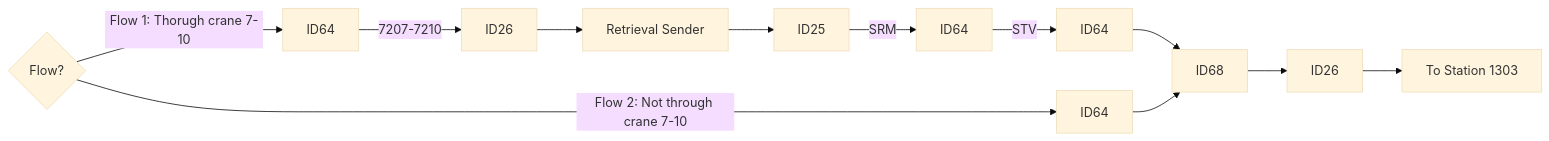
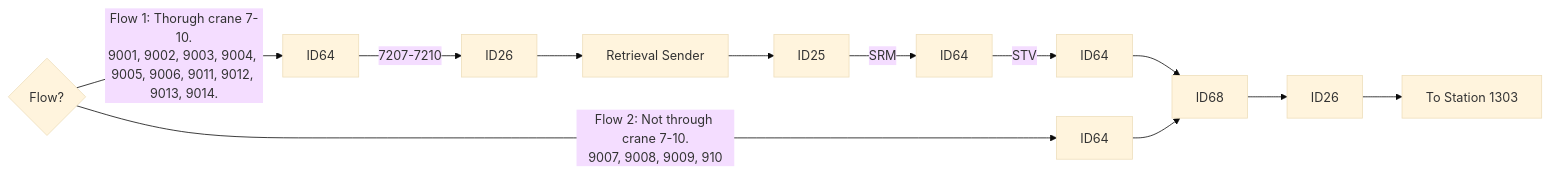
One commit to luthfiadityaa/SimeDarby-Wiki changed the second of 4 diagrams in Basic-Design/DFD-WMS/Retrieval/QC-Setting/Retrieval-for-QC-Start.md. Above: the diagram before and after it, drawn with Mermaid (base theme).

Commit message:
Updated Retrieval for QC Start

```diff
--- a/Basic-Design/DFD-WMS/Retrieval/QC-Setting/Retrieval-for-QC-Start.md
+++ b/Basic-Design/DFD-WMS/Retrieval/QC-Setting/Retrieval-for-QC-Start.md
@@ -16,8 +16,10 @@
 ::: mermaid
 flowchart LR
 
 Cond1{Flow?} 
 
-Cond1{Flow?}--> |Flow 1: Thorugh crane 7-10| P5[ID64]--> |7207-7210| P8[ID26]-->P9[Retrieval Sender]-->P10[ID25]--> |SRM| P11[ID64]--> |STV| P12[ID64]--> P7[ID68]
-Cond1{Flow?}--> |Flow 2: Not through crane 7-10| P6[ID64]--> P7[ID68]-->P81[ID26]-->P13[To Station 1303]
+Cond1{Flow?}--> |Flow 1: Thorugh crane 7-10.
+9001, 9002, 9003, 9004, 9005, 9006, 9011, 9012, 9013, 9014.| P5[ID64]--> |7207-7210| P8[ID26]-->P9[Retrieval Sender]-->P10[ID25]--> |SRM| P11[ID64]--> |STV| P12[ID64]--> P7[ID68]
+Cond1{Flow?}--> |Flow 2: Not through crane 7-10.
+9007, 9008, 9009, 910| P6[ID64]--> P7[ID68]-->P81[ID26]-->P13[To Station 1303]
 :::
```
